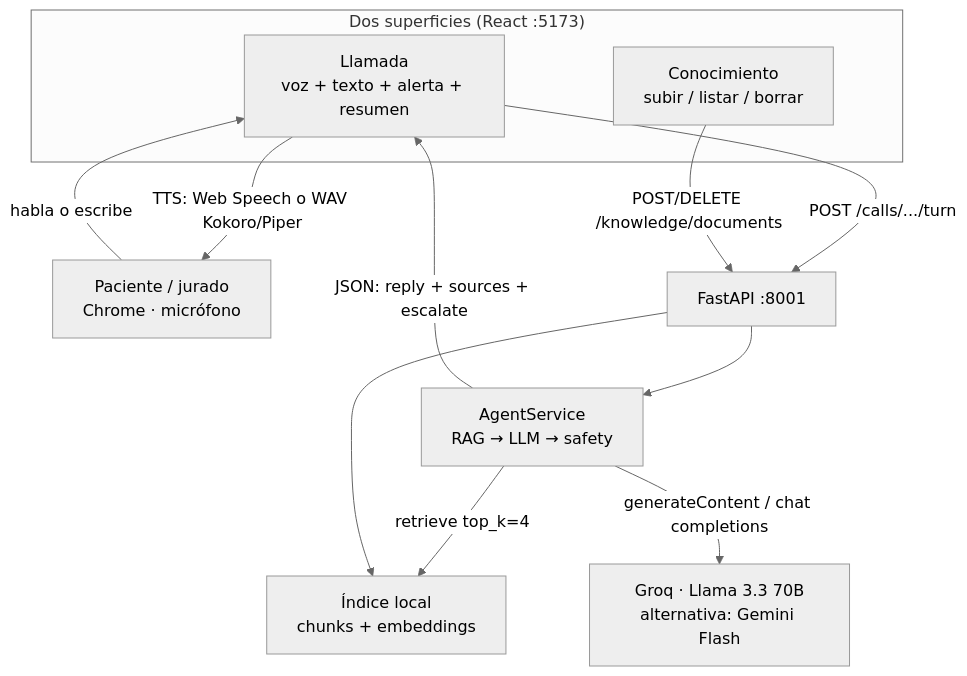
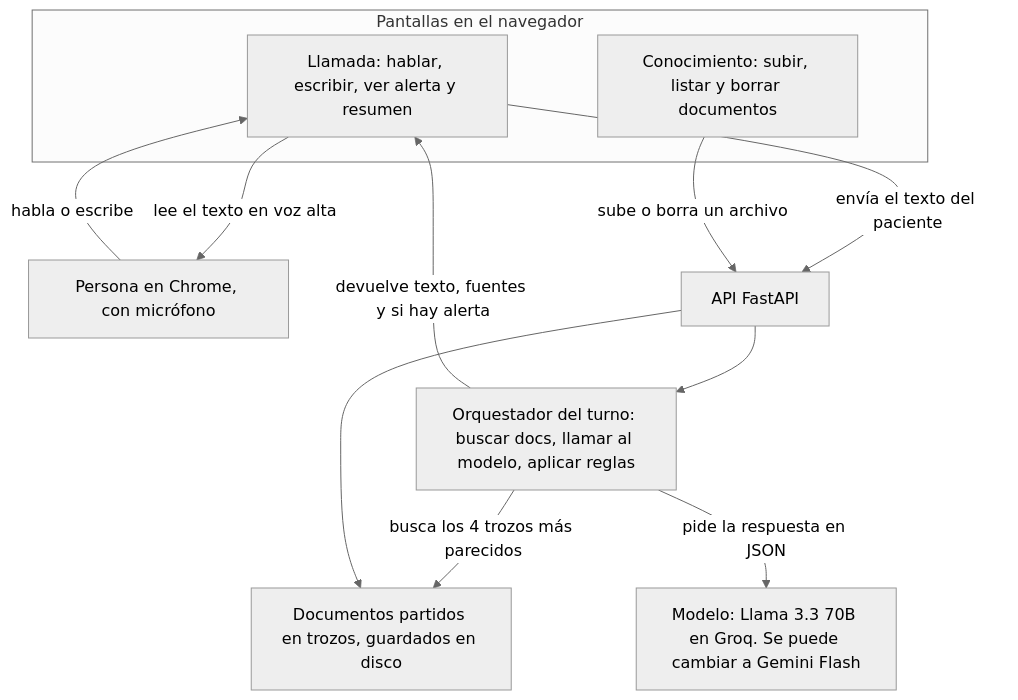
The first of 6 diagrams in ARCHITECTURE.md (jfernand196/tech-sphere-voice-agent), drawn with Mermaid (neutral theme) before and after one commit. The commit also changed other lines of this file, not shown here.

Commit message:
Rewrite architecture diagrams in plain language.

````diff
--- a/ARCHITECTURE.md
+++ b/ARCHITECTURE.md
@@ -27,23 +29,23 @@
 ```mermaid
 flowchart TB
-  subgraph superficies["Dos superficies (React :5173)"]
-    Call["Llamada<br/>voz + texto + alerta + resumen"]
-    Know["Conocimiento<br/>subir / listar / borrar"]
+  subgraph pantallas["Pantallas en el navegador"]
+    Call["Llamada: hablar, escribir, ver alerta y resumen"]
+    Know["Conocimiento: subir, listar y borrar documentos"]
   end
 
-  Paciente["Paciente / jurado<br/>Chrome · micrófono"]
-  API["FastAPI :8001"]
-  Agent["AgentService<br/>RAG → LLM → safety"]
-  Store["Índice local<br/>chunks + embeddings"]
-  LLM["Groq · Llama 3.3 70B<br/>alternativa: Gemini Flash"]
+  User["Persona en Chrome, con micrófono"]
+  API["API FastAPI"]
+  Agent["Orquestador del turno: buscar docs, llamar al modelo, aplicar reglas"]
+  Store["Documentos partidos en trozos, guardados en disco"]
+  LLM["Modelo: Llama 3.3 70B en Groq. Se puede cambiar a Gemini Flash"]
 
-  Paciente -->|habla o escribe| Call
-  Call -->|POST /calls/.../turn| API
-  Know -->|POST/DELETE /knowledge/documents| API
+  User -->|"habla o escribe"| Call
+  Call -->|"envía el texto del paciente"| API
+  Know -->|"sube o borra un archivo"| API
   API --> Agent
-  Agent -->|retrieve top_k=4| Store
-  Agent -->|generateContent / chat completions| LLM
+  Agent -->|"busca los 4 trozos más parecidos"| Store
+  Agent -->|"pide la respuesta en JSON"| LLM
   API --> Store
-  Agent -->|JSON: reply + sources + escalate| Call
-  Call -->|TTS: Web Speech o WAV Kokoro/Piper| Paciente
+  Agent -->|"devuelve texto, fuentes y si hay alerta"| Call
+  Call -->|"lee el texto en voz alta"| User
 ```
````
